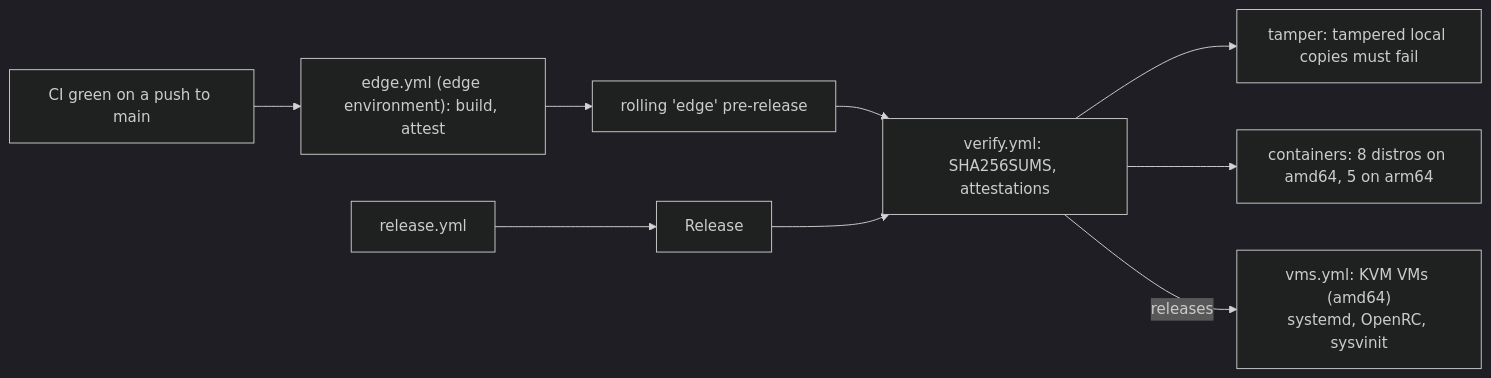
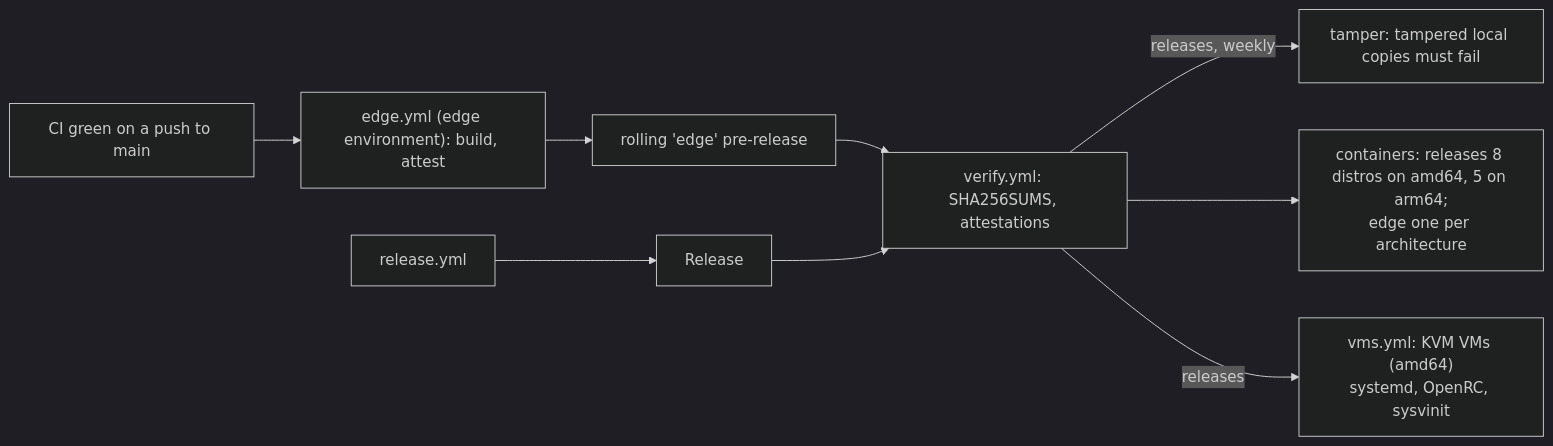
The sixth of 6 diagrams in CONTRIBUTING.md (jiegui2025/hwspec), drawn with Mermaid (dark theme) before and after one commit. The commit also changed other lines of this file and 2 other files, not shown here.

````diff
--- a/CONTRIBUTING.md
+++ b/CONTRIBUTING.md
@@ -269,10 +269,10 @@
 ```mermaid
 flowchart LR
   ci["CI green on a push to main"] --> edge["edge.yml (edge environment): build, attest"] --> pre["rolling 'edge' pre-release"]
   tag[release.yml] --> rel[Release]
   pre --> verify
   rel --> verify["verify.yml: SHA256SUMS, attestations"]
-  verify --> tamper["tamper: tampered local copies must fail"]
-  verify --> ctr["containers: 8 distros on amd64, 5 on arm64"]
+  verify -->|"releases, weekly"| tamper["tamper: tampered local copies must fail"]
+  verify --> ctr["containers: releases 8 distros on amd64, 5 on arm64;<br/>edge one per architecture"]
   verify -->|releases| vms["vms.yml: KVM VMs (amd64)<br/>systemd, OpenRC, sysvinit"]
 ```
````
